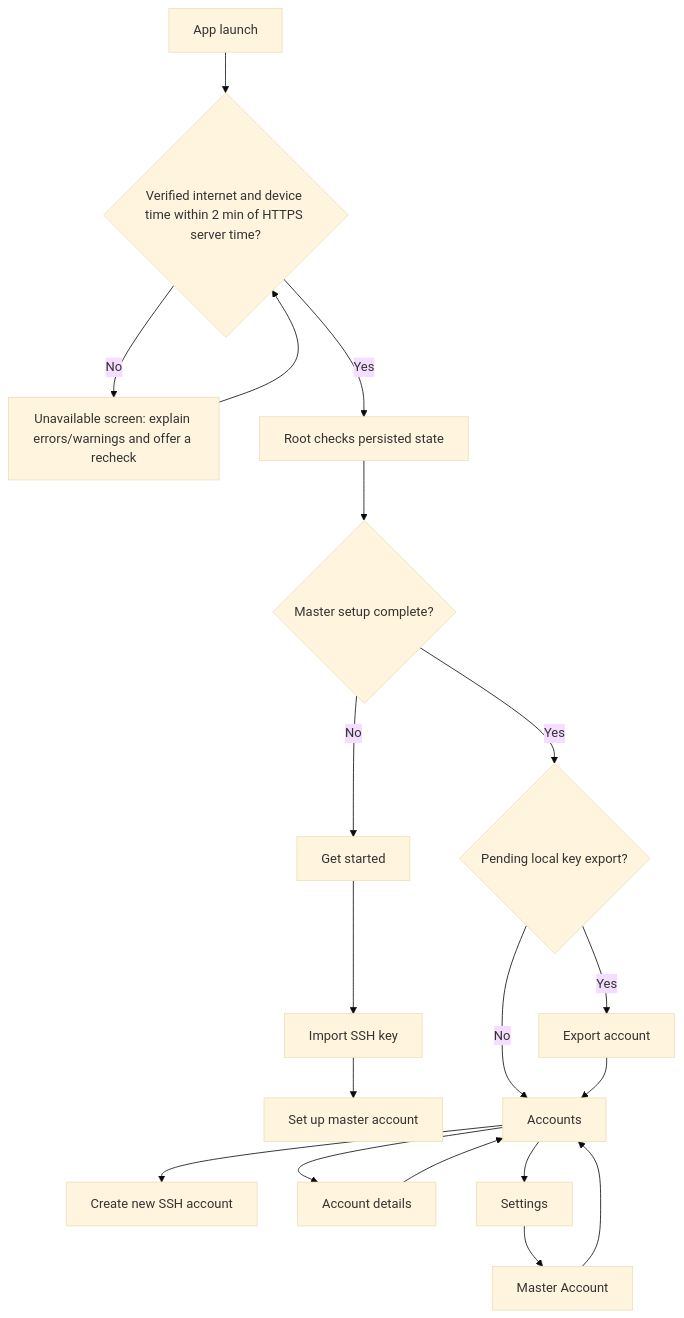
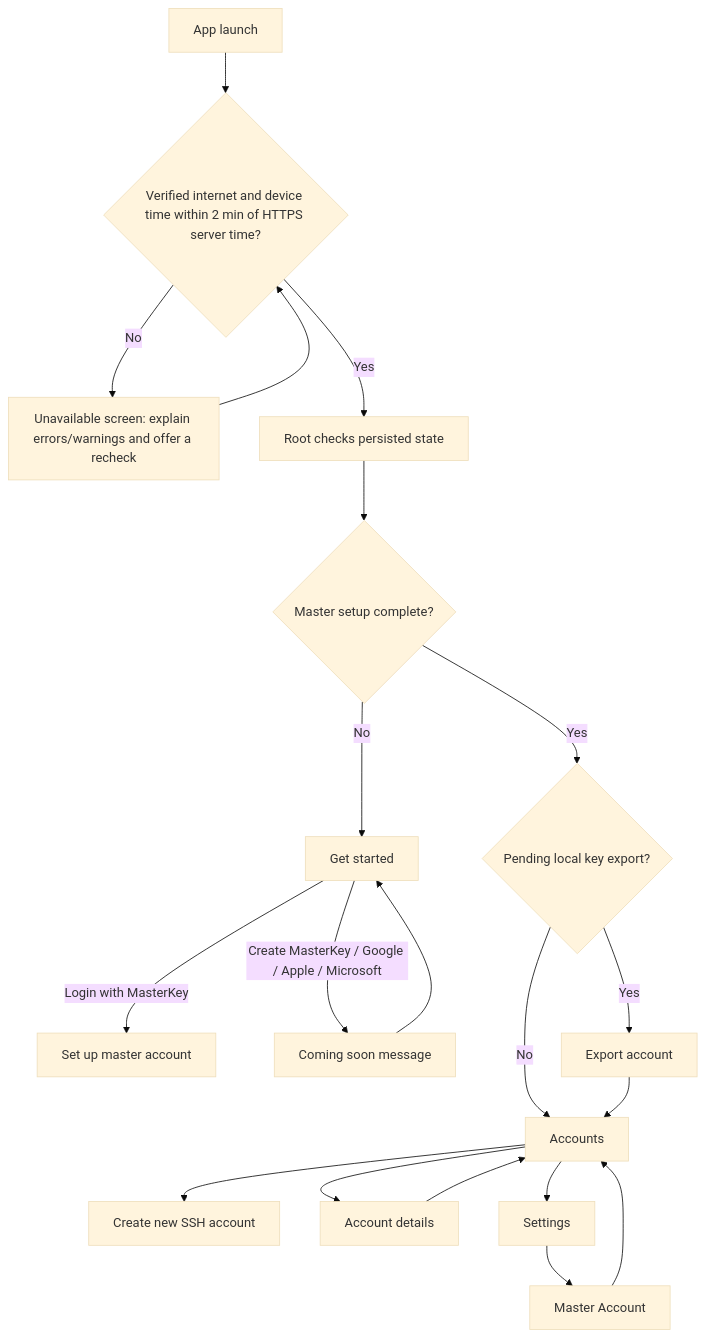
One commit to ZenTenApp/vault-kotlin changed the first of 6 diagrams in docs/stakeholder/flowcharts.md. Above: the diagram before and after it, drawn with Mermaid (base theme). The commit also changed 10 other files, not shown here.

````diff
--- a/docs/stakeholder/flowcharts.md
+++ b/docs/stakeholder/flowcharts.md
@@ -7,21 +7,22 @@
 ```mermaid
 flowchart TD
     Launch["App launch"] --> Prerequisites{"Verified internet and device time within 2 min of HTTPS server time?"}
     Prerequisites -->|No| Blocked["Unavailable screen: explain errors/warnings and offer a recheck"]
     Blocked --> Prerequisites
     Prerequisites -->|Yes| Root["Root checks persisted state"]
     Root --> Setup{"Master setup complete?"}
     Setup -->|No| Welcome["Get started"]
-    Welcome --> Import["Import SSH key"]
-    Import --> MasterSetup["Set up master account"]
+    Welcome -->|"Login with MasterKey"| MasterSetup["Set up master account"]
+    Welcome -->|"Create MasterKey / Google / Apple / Microsoft"| ComingSoon["Coming soon message"]
+    ComingSoon --> Welcome
     Setup -->|Yes| PendingExport{"Pending local key export?"}
     PendingExport -->|Yes| Export["Export account"]
     PendingExport -->|No| Accounts["Accounts"]
     Export --> Accounts
     Accounts --> Create["Create new SSH account"]
     Accounts --> Detail["Account details"]
     Accounts --> Settings["Settings"]
     Settings --> Master["Master Account"]
     Detail --> Accounts
     Master --> Accounts
 ```
````
